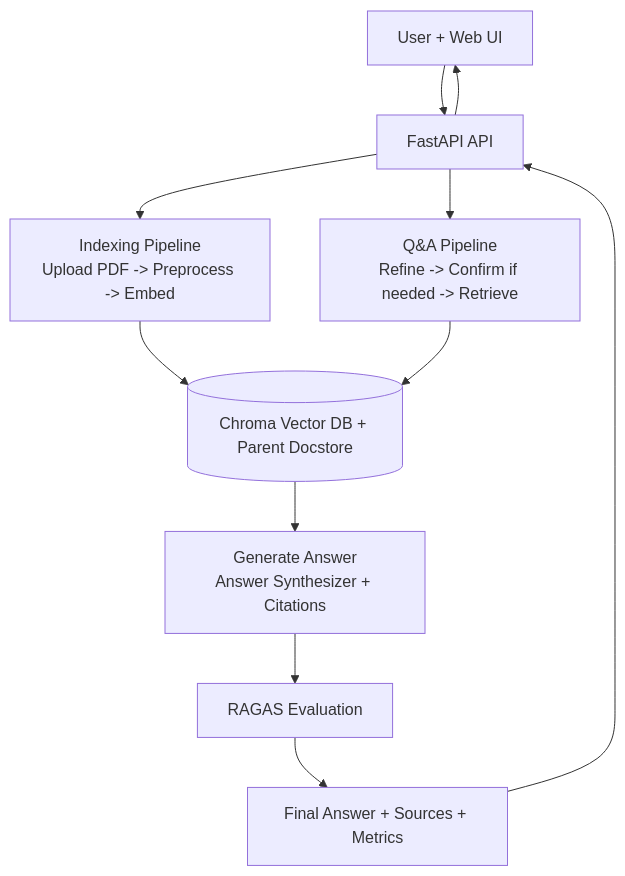
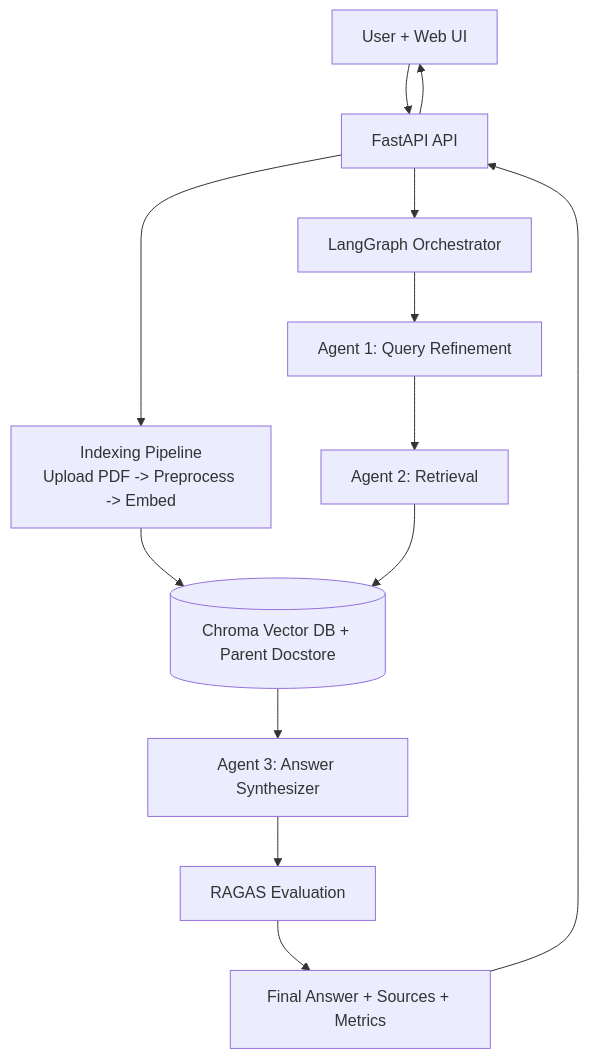
The diagram in ARCHITECTURE.md (Balaji-Balasubramaniam/Agentic-RAG-Application), drawn with Mermaid before and after one commit.

Commit message:
updated version-1

````diff
--- a/ARCHITECTURE.md
+++ b/ARCHITECTURE.md
@@ -5,15 +5,17 @@
 ```mermaid
 flowchart TD
   U[User + Web UI] --> API[FastAPI API]
 
   API --> IDX[Indexing Pipeline\nUpload PDF -> Preprocess -> Embed]
   IDX --> STORE[(Chroma Vector DB + Parent Docstore)]
 
-  API --> ASK[Q&A Pipeline\nRefine -> Confirm if needed -> Retrieve]
-  ASK --> STORE
-  STORE --> GEN[Generate Answer\nAnswer Synthesizer + Citations]
-  GEN --> RAGAS[RAGAS Evaluation]
+  API --> ORCH[LangGraph Orchestrator]
+  ORCH --> A1[Agent 1: Query Refinement]
+  A1 --> A2[Agent 2: Retrieval]
+  A2 --> STORE
+  STORE --> A3[Agent 3: Answer Synthesizer]
+  A3 --> RAGAS[RAGAS Evaluation]
   RAGAS --> OK[Final Answer + Sources + Metrics]
   OK --> API
   API --> U
 ```
````
